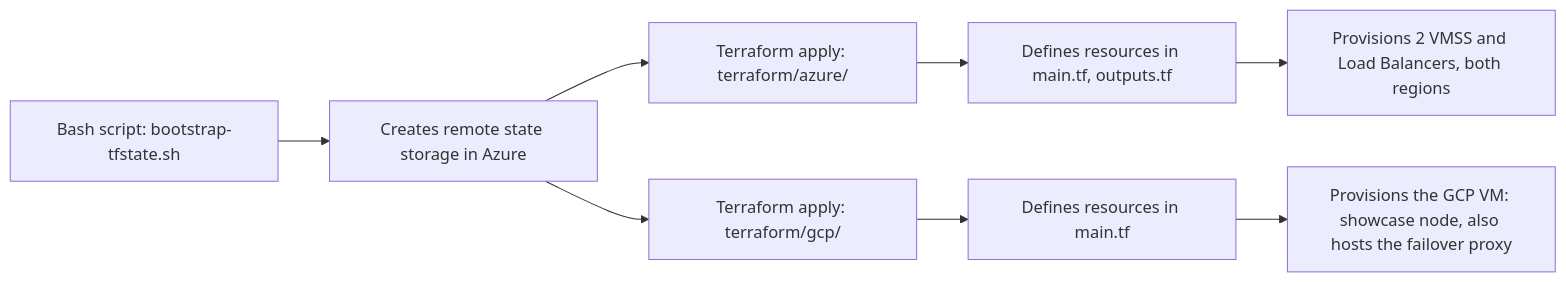
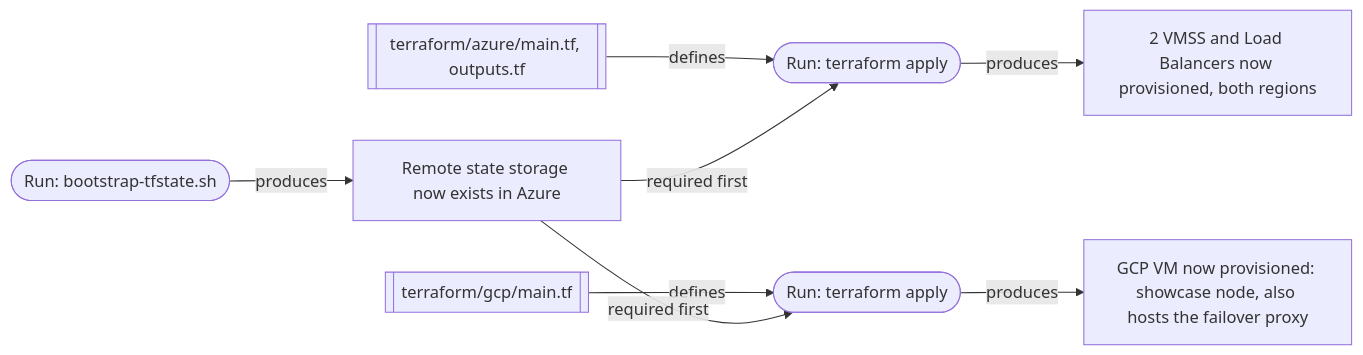
Before and after one commit to Dennis4507/cloud-native-ha-platform: the second of 5 diagrams in README.md, drawn with Mermaid. The commit also changed other lines of this file, not shown here.

````diff
--- a/README.md
+++ b/README.md
@@ -41,10 +55,10 @@
 ```mermaid
 flowchart LR
-    CMD0["Bash script: bootstrap-tfstate.sh"] --> OUT0["Creates remote state storage in Azure"]
-    OUT0 --> CMD1["Terraform apply: terraform/azure/"]
-    CMD1 --> TFAZ["Defines resources in main.tf, outputs.tf"]
-    TFAZ --> OUT1["Provisions 2 VMSS and Load Balancers, both regions"]
-    OUT0 --> CMD2["Terraform apply: terraform/gcp/"]
-    CMD2 --> TFGCP["Defines resources in main.tf"]
-    TFGCP --> OUT2["Provisions the GCP VM: showcase node, also hosts the failover proxy"]
+    CMD0(["Run: bootstrap-tfstate.sh"]) -->|produces| OUT0["Remote state storage now exists in Azure"]
+    TFAZ[["terraform/azure/main.tf, outputs.tf"]] -->|defines| CMD1(["Run: terraform apply"])
+    OUT0 -->|required first| CMD1
+    CMD1 -->|produces| OUT1["2 VMSS and Load Balancers now provisioned, both regions"]
+    TFGCP[["terraform/gcp/main.tf"]] -->|defines| CMD2(["Run: terraform apply"])
+    OUT0 -->|required first| CMD2
+    CMD2 -->|produces| OUT2["GCP VM now provisioned: showcase node, also hosts the failover proxy"]
 ```
````
